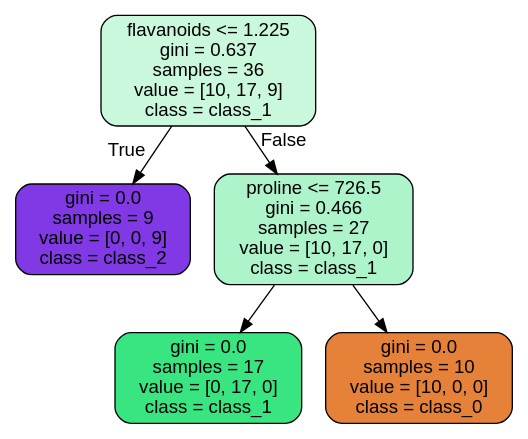
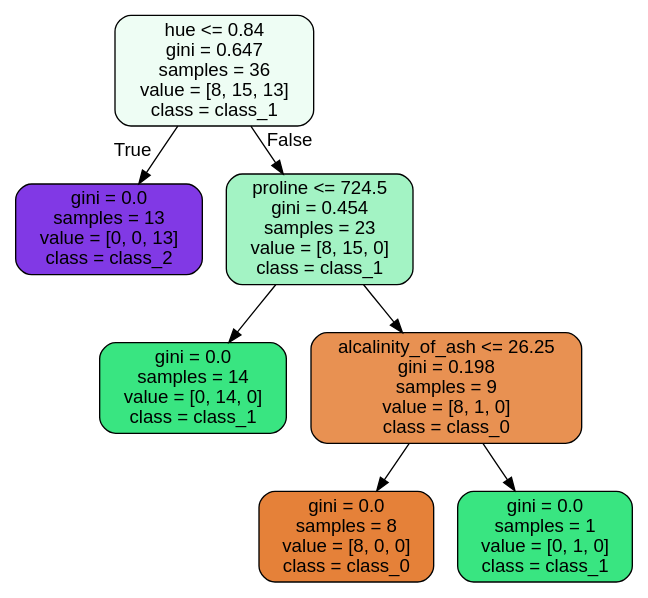
One commit to JoseDeJesusMendozaBecerril/Practica4_MineriaDeDatos changed the diagram in images/decision_trees/wine_tree_test.dot. Above: the diagram before and after it, drawn with Graphviz. The commit also changed 11 other files, not shown here.

```diff
--- a/images/decision_trees/wine_tree_test.dot
+++ b/images/decision_trees/wine_tree_test.dot
@@ -1,13 +1,17 @@
 digraph Tree {
 node [shape=box, style="filled, rounded", color="black", fontname=helvetica] ;
 edge [fontname=helvetica] ;
-0 [label="flavanoids <= 1.225\ngini = 0.637\nsamples = 36\nvalue = [10, 17, 9]\nclass = class_1", fillcolor="#caf8dd"] ;
-1 [label="gini = 0.0\nsamples = 9\nvalue = [0, 0, 9]\nclass = class_2", fillcolor="#8139e5"] ;
+0 [label="hue <= 0.84\ngini = 0.647\nsamples = 36\nvalue = [8, 15, 13]\nclass = class_1", fillcolor="#eefdf4"] ;
+1 [label="gini = 0.0\nsamples = 13\nvalue = [0, 0, 13]\nclass = class_2", fillcolor="#8139e5"] ;
 0 -> 1 [labeldistance=2.5, labelangle=45, headlabel="True"] ;
-2 [label="proline <= 726.5\ngini = 0.466\nsamples = 27\nvalue = [10, 17, 0]\nclass = class_1", fillcolor="#adf4cb"] ;
+2 [label="proline <= 724.5\ngini = 0.454\nsamples = 23\nvalue = [8, 15, 0]\nclass = class_1", fillcolor="#a3f3c4"] ;
 0 -> 2 [labeldistance=2.5, labelangle=-45, headlabel="False"] ;
-3 [label="gini = 0.0\nsamples = 17\nvalue = [0, 17, 0]\nclass = class_1", fillcolor="#39e581"] ;
+3 [label="gini = 0.0\nsamples = 14\nvalue = [0, 14, 0]\nclass = class_1", fillcolor="#39e581"] ;
 2 -> 3 ;
-4 [label="gini = 0.0\nsamples = 10\nvalue = [10, 0, 0]\nclass = class_0", fillcolor="#e58139"] ;
+4 [label="alcalinity_of_ash <= 26.25\ngini = 0.198\nsamples = 9\nvalue = [8, 1, 0]\nclass = class_0", fillcolor="#e89152"] ;
 2 -> 4 ;
+5 [label="gini = 0.0\nsamples = 8\nvalue = [8, 0, 0]\nclass = class_0", fillcolor="#e58139"] ;
+4 -> 5 ;
+6 [label="gini = 0.0\nsamples = 1\nvalue = [0, 1, 0]\nclass = class_1", fillcolor="#39e581"] ;
+4 -> 6 ;
 }
```
